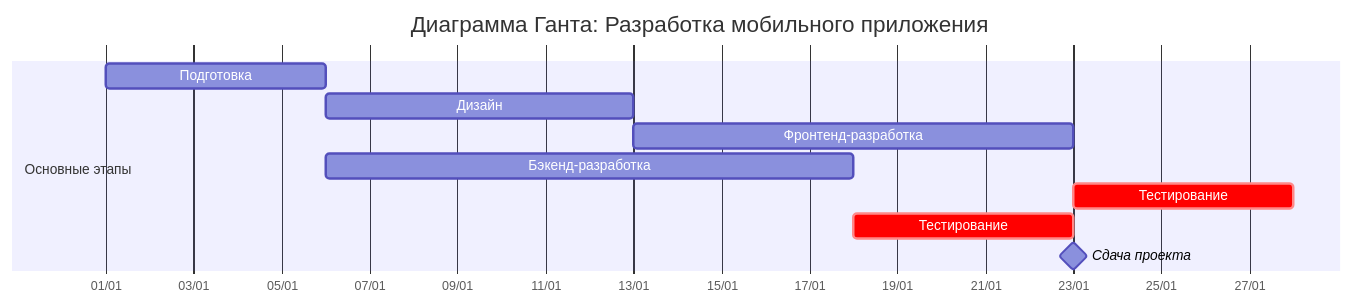
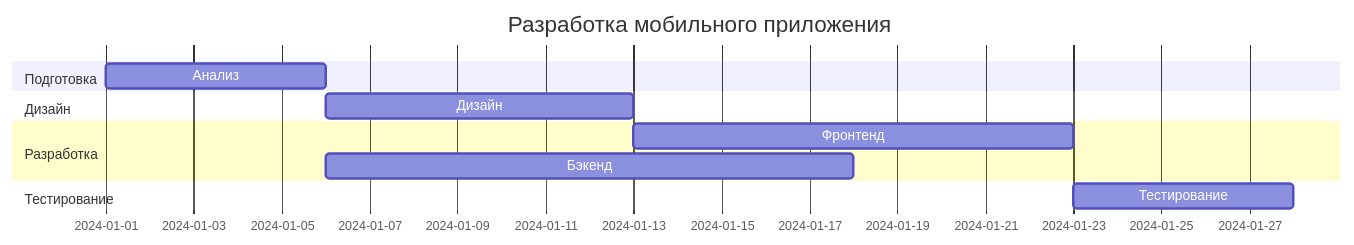
Before and after one commit to Evgeny65ok/mermaid-diagrams: the third of 9 diagrams in README.md, drawn with Mermaid. The commit also changed other lines of this file, not shown here.

````diff
--- a/README.md
+++ b/README.md
@@ -76,15 +66,14 @@
 ```mermaid
 gantt
-    title Диаграмма Ганта: Разработка мобильного приложения
-    dateFormat  YYYY-MM-DD
-    axisFormat  %d/%m
-    
-    section Основные этапы
-    Подготовка           :a1, 2024-01-01, 5d
-    Дизайн               :a2, after a1, 7d
-    Фронтенд-разработка  :a3, after a2, 10d
-    Бэкенд-разработка    :a4, after a1, 12d
-    Тестирование         :crit, a5, after a3, 5d
-    Тестирование         :crit, a5, after a4, 5d
-    Сдача проекта        :milestone, m1, after a5, 0d
+    title Разработка мобильного приложения
+    dateFormat YYYY-MM-DD
+    section Подготовка
+    Анализ :a1, 2024-01-01, 5d
+    section Дизайн
+    Дизайн :a2, after a1, 7d
+    section Разработка
+    Фронтенд :a3, after a2, 10d
+    Бэкенд :a4, after a1, 12d
+    section Тестирование
+    Тестирование :a5, after a3 a4, 5d
 ```
````
